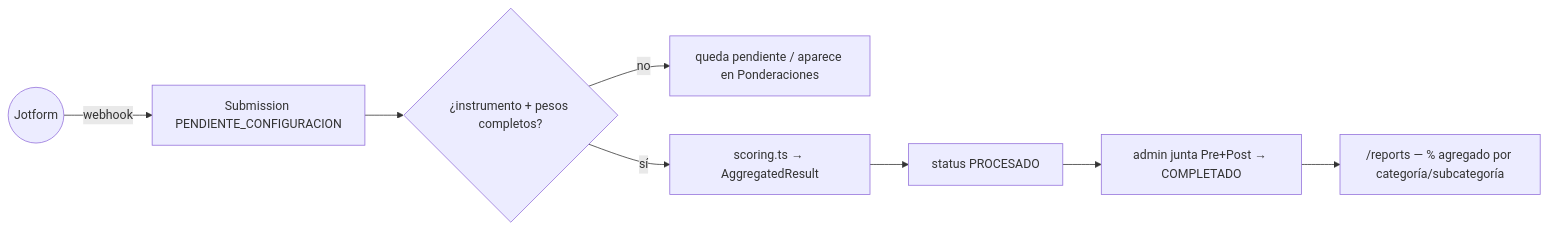
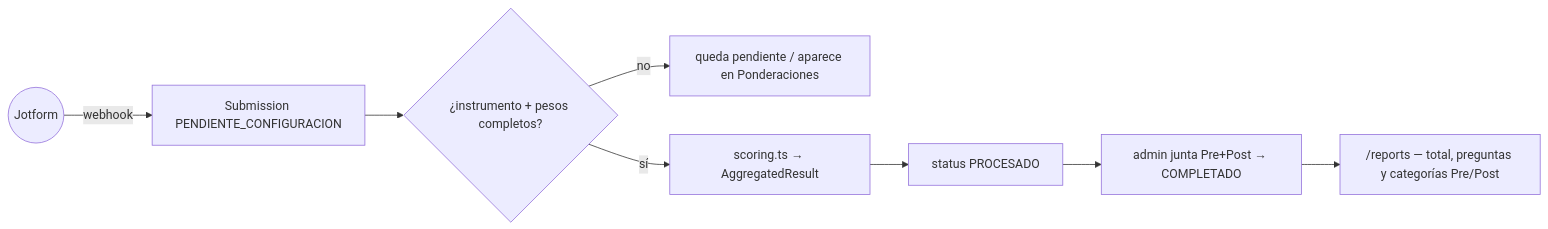
Before and after one commit to Gustav0AB/epi-web: the fifth of 7 diagrams in docs/arquitectura-front-backend.md, drawn with Mermaid. The commit also changed other lines of this file and 14 other files, not shown here.

````diff
--- a/docs/arquitectura-front-backend.md
+++ b/docs/arquitectura-front-backend.md
@@ -131,10 +131,10 @@
 ```mermaid
 flowchart LR
     JF((Jotform)) -->|webhook| Ingesta["Submission PENDIENTE_CONFIGURACION"]
     Ingesta --> Config{"¿instrumento + pesos completos?"}
     Config -->|no| Pend["queda pendiente / aparece en Ponderaciones"]
     Config -->|sí| Calc["scoring.ts → AggregatedResult"]
     Calc --> Procesado["status PROCESADO"]
     Procesado --> Completo["admin junta Pre+Post → COMPLETADO"]
-    Completo --> Reportes["/reports — % agregado por categoría/subcategoría"]
+    Completo --> Reportes["/reports — total, preguntas y categorías Pre/Post"]
 ```
````
